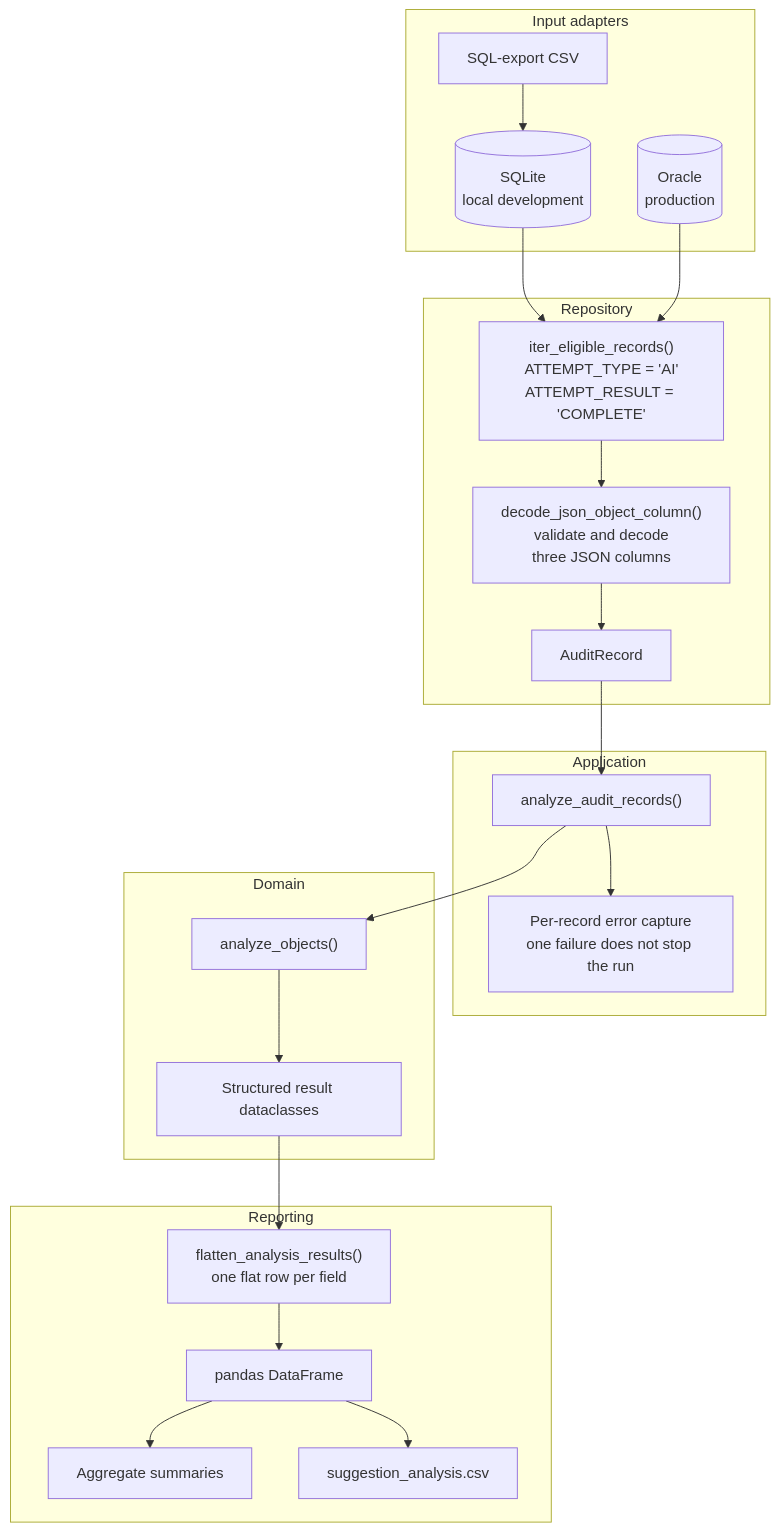
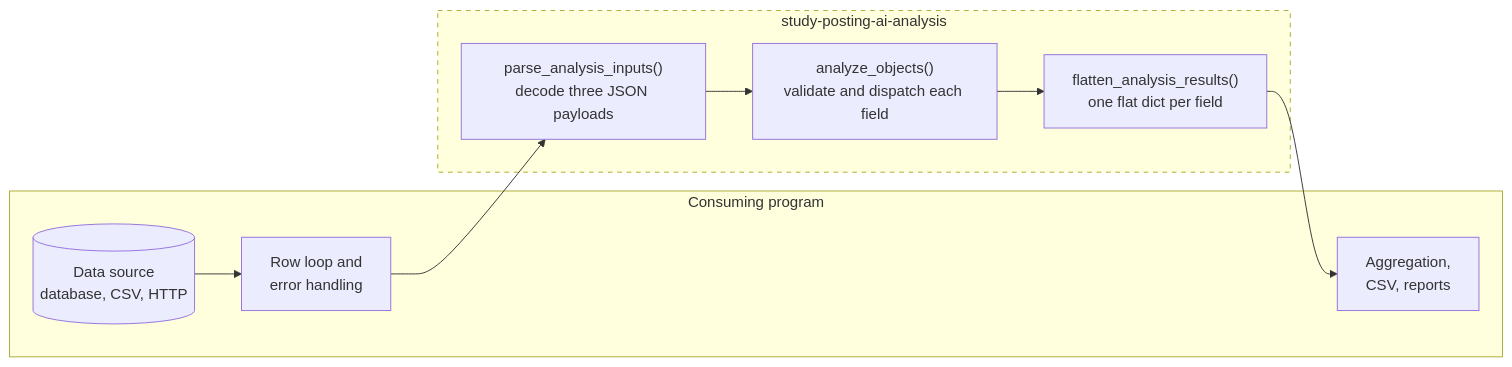
One commit to umich-michr/michr-scripts changed the first of 8 diagrams in docs/program-flow.md. Above: the diagram before and after it, drawn with Mermaid. The commit also changed other lines of this file, not shown here.

Commit message:
docs: revise program flow for the narrowed library scope

````diff
--- a/docs/program-flow.md
+++ b/docs/program-flow.md
@@ -43,40 +17,20 @@
 ```mermaid
-flowchart TB
-    subgraph Sources["Input adapters"]
-        CSV["SQL-export CSV"]
-        SQLITE[("SQLite<br/>local development")]
-        ORACLE[("Oracle<br/>production")]
+flowchart LR
+    subgraph Consumer["Consuming program"]
+        SOURCE[("Data source<br/>database, CSV, HTTP")]
+        LOOP["Row loop and<br/>error handling"]
+        OUTPUT["Aggregation,<br/>CSV, reports"]
     end
 
-    subgraph Repo["Repository"]
-        ELIGIBLE["iter_eligible_records()<br/>ATTEMPT_TYPE = 'AI'<br/>ATTEMPT_RESULT = 'COMPLETE'"]
-        DECODE["decode_json_object_column()<br/>validate and decode<br/>three JSON columns"]
-        RECORD["AuditRecord"]
+    subgraph Library["study-posting-ai-analysis"]
+        PARSE["parse_analysis_inputs()<br/>decode three JSON payloads"]
+        ANALYZE["analyze_objects()<br/>validate and dispatch each field"]
+        FLATTEN["flatten_analysis_results()<br/>one flat dict per field"]
     end
 
-    subgraph App["Application"]
-        PIPE["analyze_audit_records()"]
-        ERRORS["Per-record error capture<br/>one failure does not stop the run"]
-    end
+    SOURCE --> LOOP
+    LOOP --> PARSE --> ANALYZE --> FLATTEN
+    FLATTEN --> OUTPUT
 
-    subgraph Domain["Domain"]
-        MAIN["analyze_objects()"]
-        RESULTS["Structured result dataclasses"]
-    end
-
-    subgraph Report["Reporting"]
-        FLAT["flatten_analysis_results()<br/>one flat row per field"]
-        FRAME["pandas DataFrame"]
-        SUMMARY["Aggregate summaries"]
-        EXPORT["suggestion_analysis.csv"]
-    end
-
-    CSV --> SQLITE
-    SQLITE --> ELIGIBLE
-    ORACLE --> ELIGIBLE
-    ELIGIBLE --> DECODE --> RECORD --> PIPE
-    PIPE --> MAIN --> RESULTS --> FLAT
-    PIPE --> ERRORS
-    FLAT --> FRAME --> SUMMARY
-    FRAME --> EXPORT
+    style Library stroke-dasharray: 5 5
 ```
````
